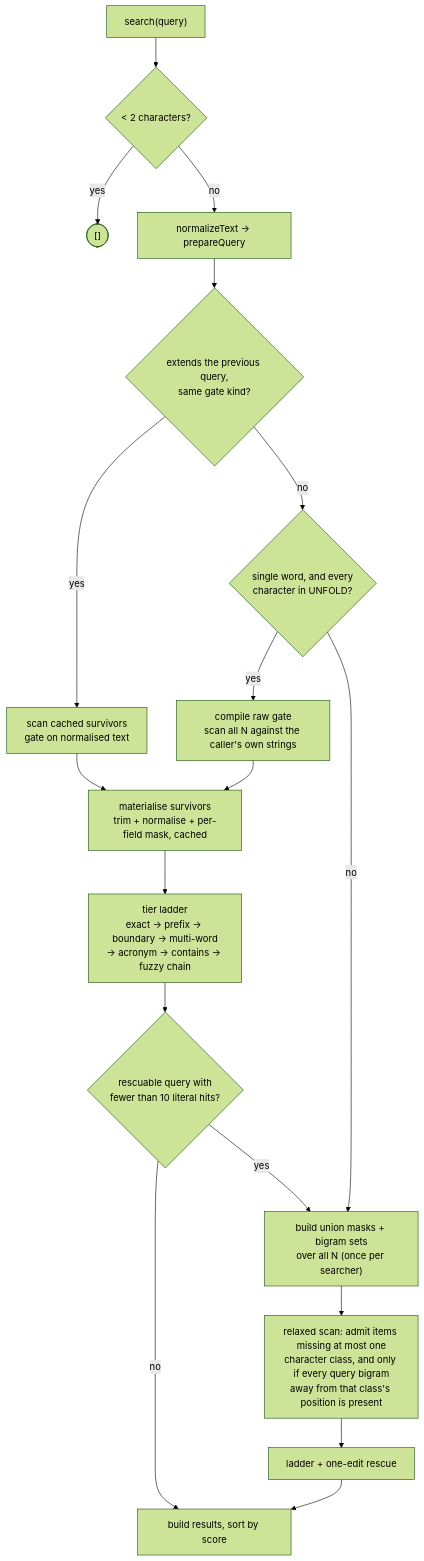
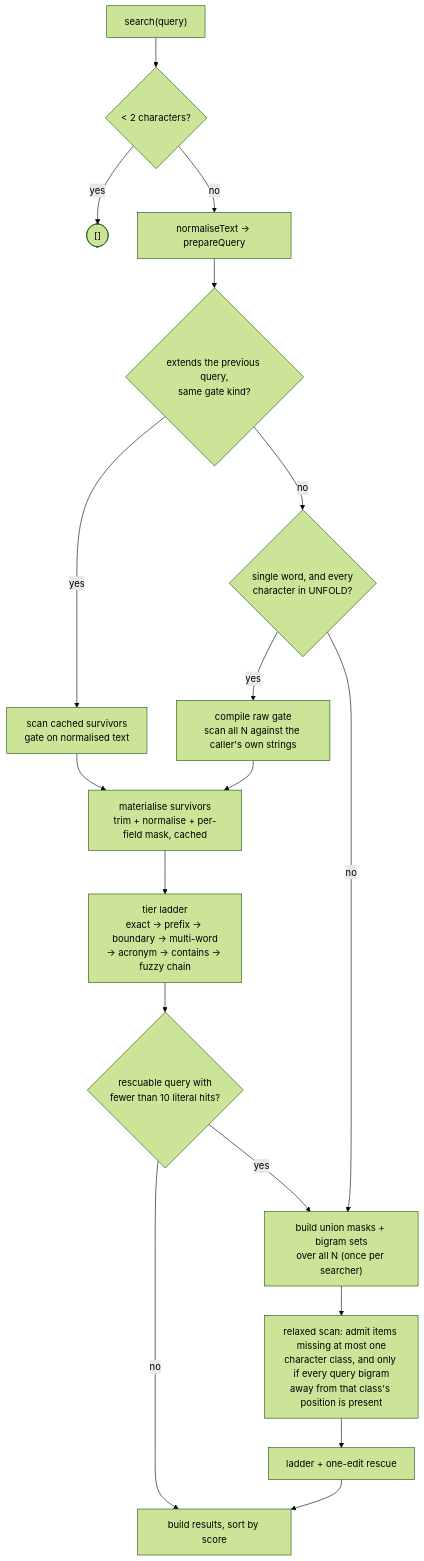
The second of 2 diagrams in docs/pipeline.md (MMMikeM/krino), drawn with Mermaid (forest theme) before and after one commit. The commit also changed other lines of this file and 7 other files, not shown here.

````diff
--- a/docs/pipeline.md
+++ b/docs/pipeline.md
@@ -24,22 +24,22 @@
 ```mermaid
 flowchart TD
     Q["search(query)"] --> F{"< 2 characters?"}
     F -->|yes| Z(["[]"])
-    F -->|no| P["normalizeText -> prepareQuery"]
+    F -->|no| P["normaliseText -> prepareQuery"]
     P --> N{"extends the previous query,<br/>same gate kind?"}
 
     N -->|yes| NAR["scan cached survivors<br/>gate on normalised text"]
     N -->|no| RG{"single word, and every<br/>character in UNFOLD?"}
     RG -->|yes| RAW["compile raw gate<br/>scan all N against the caller's own strings"]
     RG -->|no| MASK
 
     NAR --> MAT
     RAW --> MAT["materialise survivors<br/>trim + normalise + per-field mask, cached"]
     MAT --> LAD["tier ladder<br/>exact -> prefix -> boundary -> multi-word<br/>-> acronym -> contains -> fuzzy chain"]
     LAD --> LIT{"rescuable query with<br/>fewer than 10 literal hits?"}
     LIT -->|no| OUT["build results, sort by score"]
     LIT -->|yes| MASK["build union masks + bigram sets<br/>over all N (once per searcher)"]
     MASK --> REL["relaxed scan: admit items missing at most one<br/>character class, and only if every query bigram<br/>away from that class's position is present"]
     REL --> RES["ladder + one-edit rescue"]
     RES --> OUT
 ```
````
